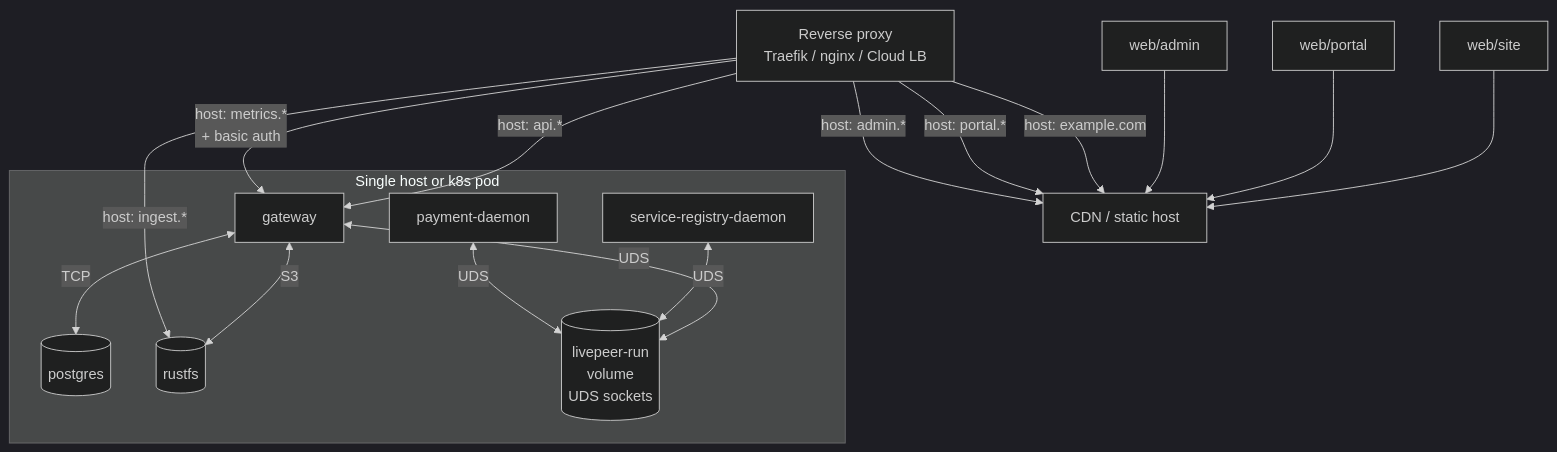
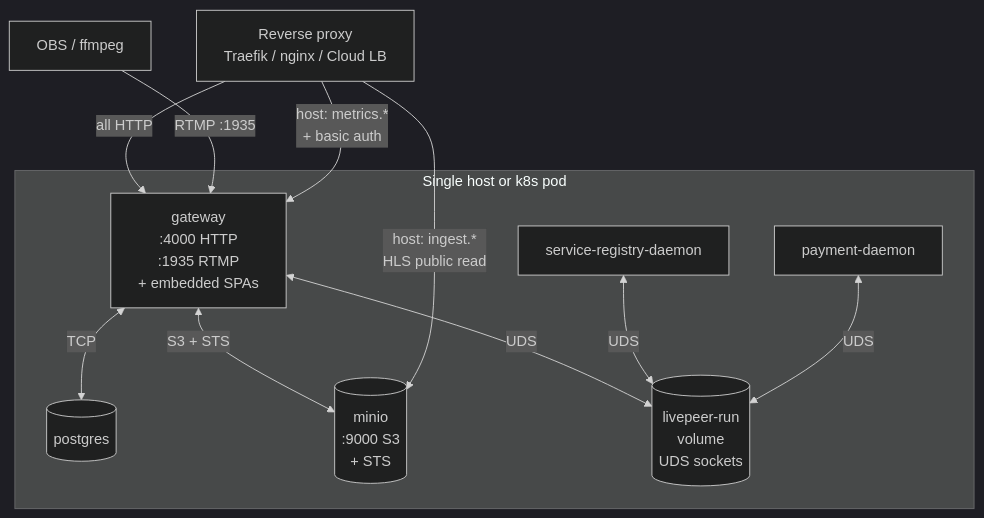
Before and after one commit to Cloud-SPE/livepeer-modules-transcode-gateway: the fifth of 5 diagrams in ARCHITECTURE.md, drawn with Mermaid (dark theme). The commit also changed other lines of this file and 29 other files, not shown here.

Commit message:
docs: sweep architecture and product updates

````diff
--- a/ARCHITECTURE.md
+++ b/ARCHITECTURE.md
@@ -387,29 +408,22 @@
 ```mermaid
 flowchart TB
   subgraph host[Single host or k8s pod]
-    GW[gateway]
+    GW[gateway<br/>:4000 HTTP<br/>:1935 RTMP<br/>+ embedded SPAs]
     DB[(postgres)]
-    RFS[(rustfs)]
+    MIN[(minio<br/>:9000 S3<br/>+ STS)]
     REG[service-registry-daemon]
     PAYER[payment-daemon]
     UDS[(livepeer-run<br/>volume<br/>UDS sockets)]
   end
 
   GW <-->|TCP| DB
-  GW <-->|S3| RFS
+  GW <-->|S3 + STS| MIN
   GW <-->|UDS| UDS
   REG <-->|UDS| UDS
   PAYER <-->|UDS| UDS
 
-  CDN[CDN / static host]
-  cdn_site[web/site] --> CDN
-  cdn_portal[web/portal] --> CDN
-  cdn_admin[web/admin] --> CDN
-
-  proxy[Reverse proxy<br/>Traefik / nginx / Cloud LB] -->|host: api.*| GW
-  proxy -->|host: example.com| CDN
-  proxy -->|host: portal.*| CDN
-  proxy -->|host: admin.*| CDN
-  proxy -->|host: ingest.*| RFS
+  proxy[Reverse proxy<br/>Traefik / nginx / Cloud LB] -->|all HTTP| GW
+  proxy -->|host: ingest.*<br/>HLS public read| MIN
+  rtmp[OBS / ffmpeg] -->|RTMP :1935| GW
   proxy -->|host: metrics.*<br/>+ basic auth| GW
 ```
````
